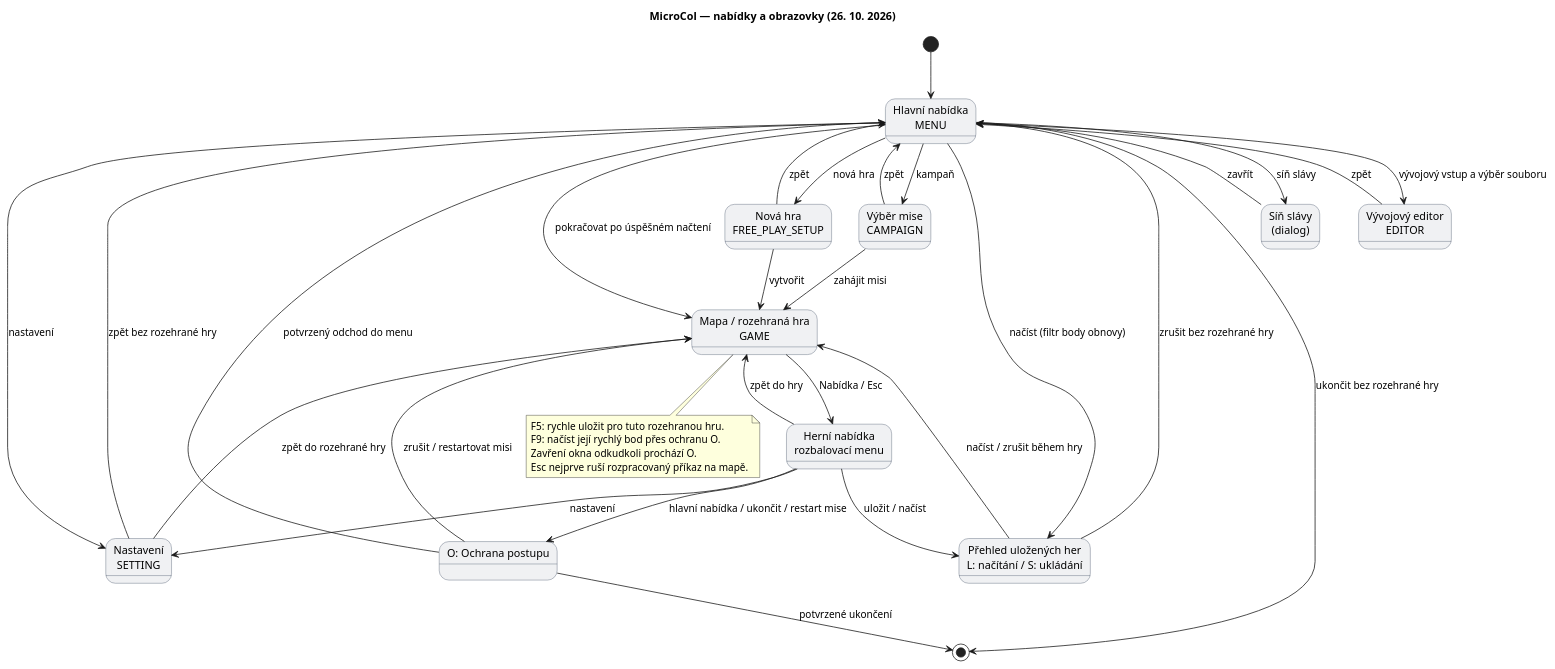
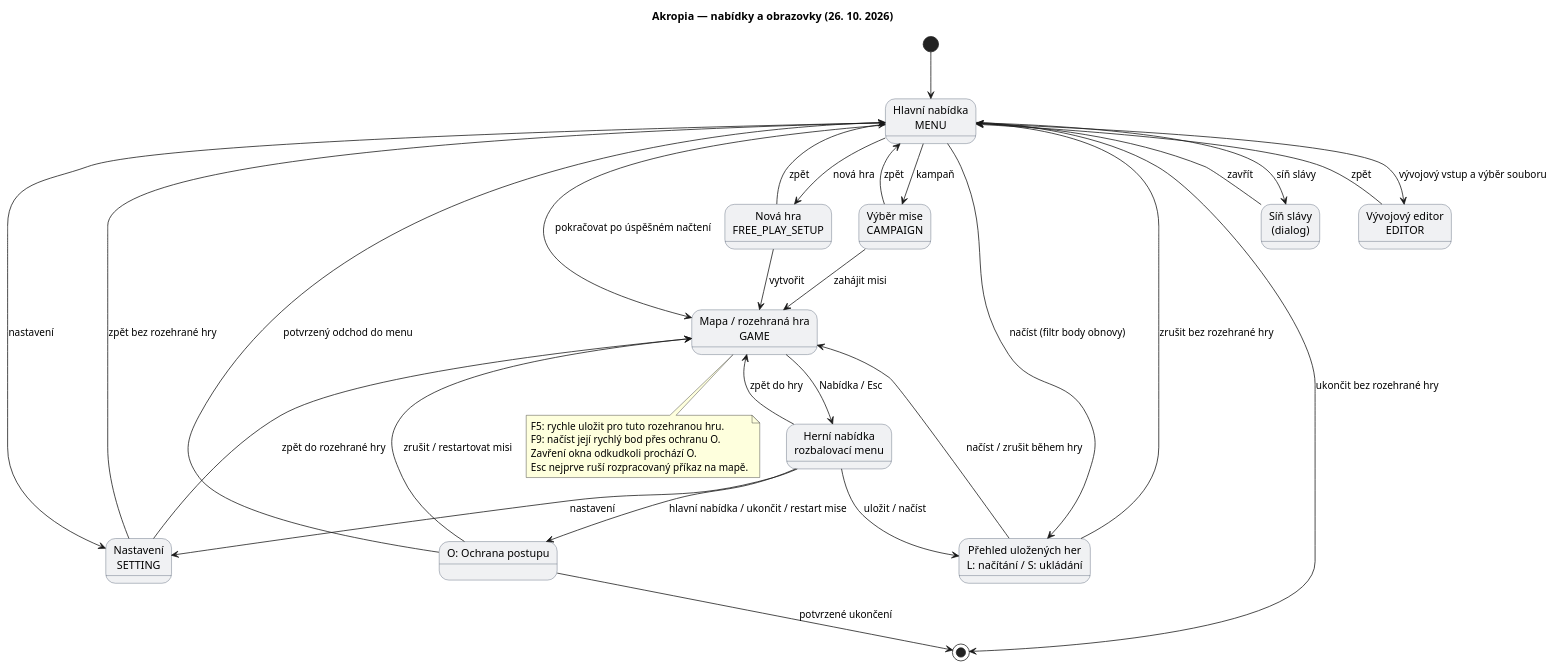
One commit to jajir/microcol changed the diagram in docs/diagrams/save-load/navigation.puml. Above: the diagram before and after it, drawn with PlantUML. The commit also changed 4665 other files, not shown here.

```diff
--- a/docs/diagrams/save-load/navigation.puml
+++ b/docs/diagrams/save-load/navigation.puml
@@ -1,52 +1,52 @@
 @startuml
-title MicroCol — nabídky a obrazovky (26. 10. 2026)
+title Akropia — nabídky a obrazovky (26. 10. 2026)
 skinparam shadowing false
 skinparam defaultFontName SansSerif
 skinparam state {
  BackgroundColor #F0F1F3
  BorderColor #475569
 }
 state "Hlavní nabídka\nMENU" as Main
 state "Nová hra\nFREE_PLAY_SETUP" as Setup
 state "Výběr mise\nCAMPAIGN" as Campaign
 state "Nastavení\nSETTING" as Settings
 state "Síň slávy\n(dialog)" as Scores
 state "Přehled uložených her\nL: načítání / S: ukládání" as Files
 state "Vývojový editor\nEDITOR" as Editor
 state "Mapa / rozehraná hra\nGAME" as Map
 state "Herní nabídka\nrozbalovací menu" as Menu
 state "O: Ochrana postupu" as Guard
 [*] --> Main
 Main --> Setup : nová hra
 Setup --> Main : zpět
 Setup --> Map : vytvořit
 Main --> Campaign : kampaň
 Campaign --> Main : zpět
 Campaign --> Map : zahájit misi
 Main --> Scores : síň slávy
 Scores --> Main : zavřít
 Main --> Settings : nastavení
 Settings --> Main : zpět bez rozehrané hry
 Settings --> Map : zpět do rozehrané hry
 Main --> Files : načíst (filtr body obnovy)
 Files --> Main : zrušit bez rozehrané hry
 Files --> Map : načíst / zrušit během hry
 Main --> Map : pokračovat po úspěšném načtení
 Main --> Editor : vývojový vstup a výběr souboru
 Editor --> Main : zpět
 Map --> Menu : Nabídka / Esc
 Menu --> Map : zpět do hry
 Menu --> Settings : nastavení
 Menu --> Files : uložit / načíst
 Menu --> Guard : hlavní nabídka / ukončit / restart mise
 Guard --> Main : potvrzený odchod do menu
 Guard --> Map : zrušit / restartovat misi
 Guard --> [*] : potvrzené ukončení
 Main --> [*] : ukončit bez rozehrané hry
 note bottom of Map
 F5: rychle uložit pro tuto rozehranou hru.
 F9: načíst její rychlý bod přes ochranu O.
 Zavření okna odkudkoli prochází O.
 Esc nejprve ruší rozpracovaný příkaz na mapě.
 end note
 @enduml
```
